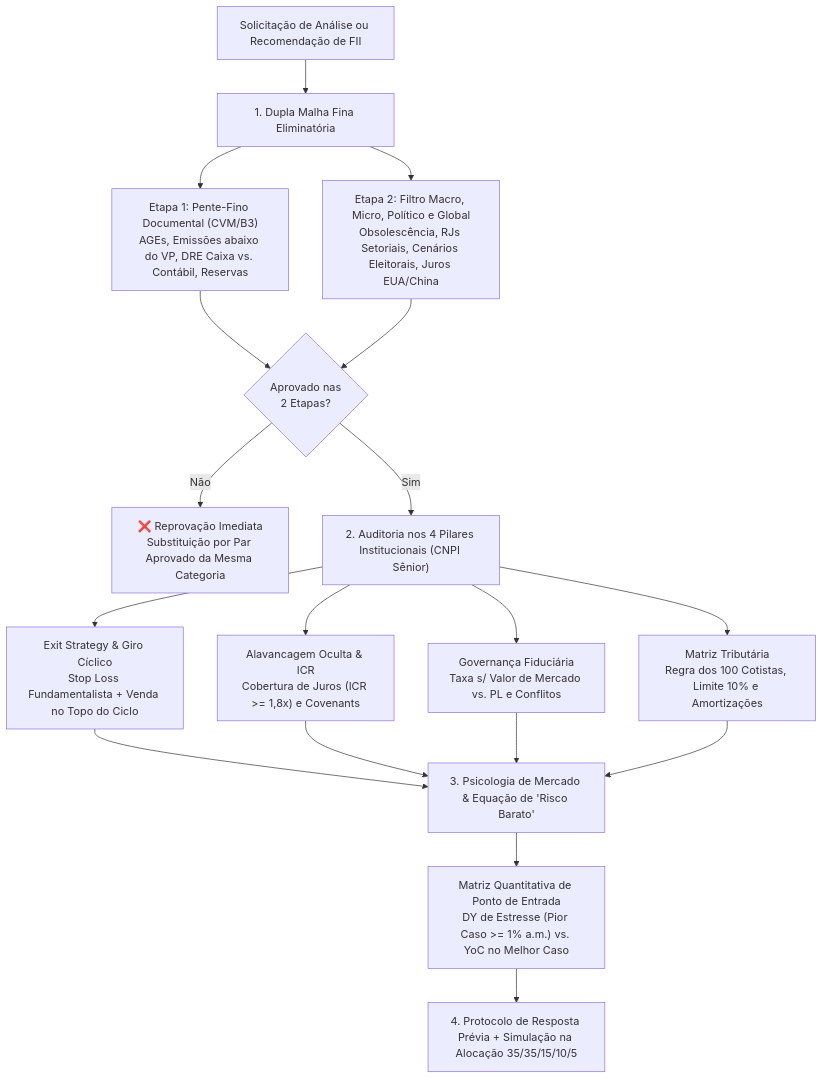
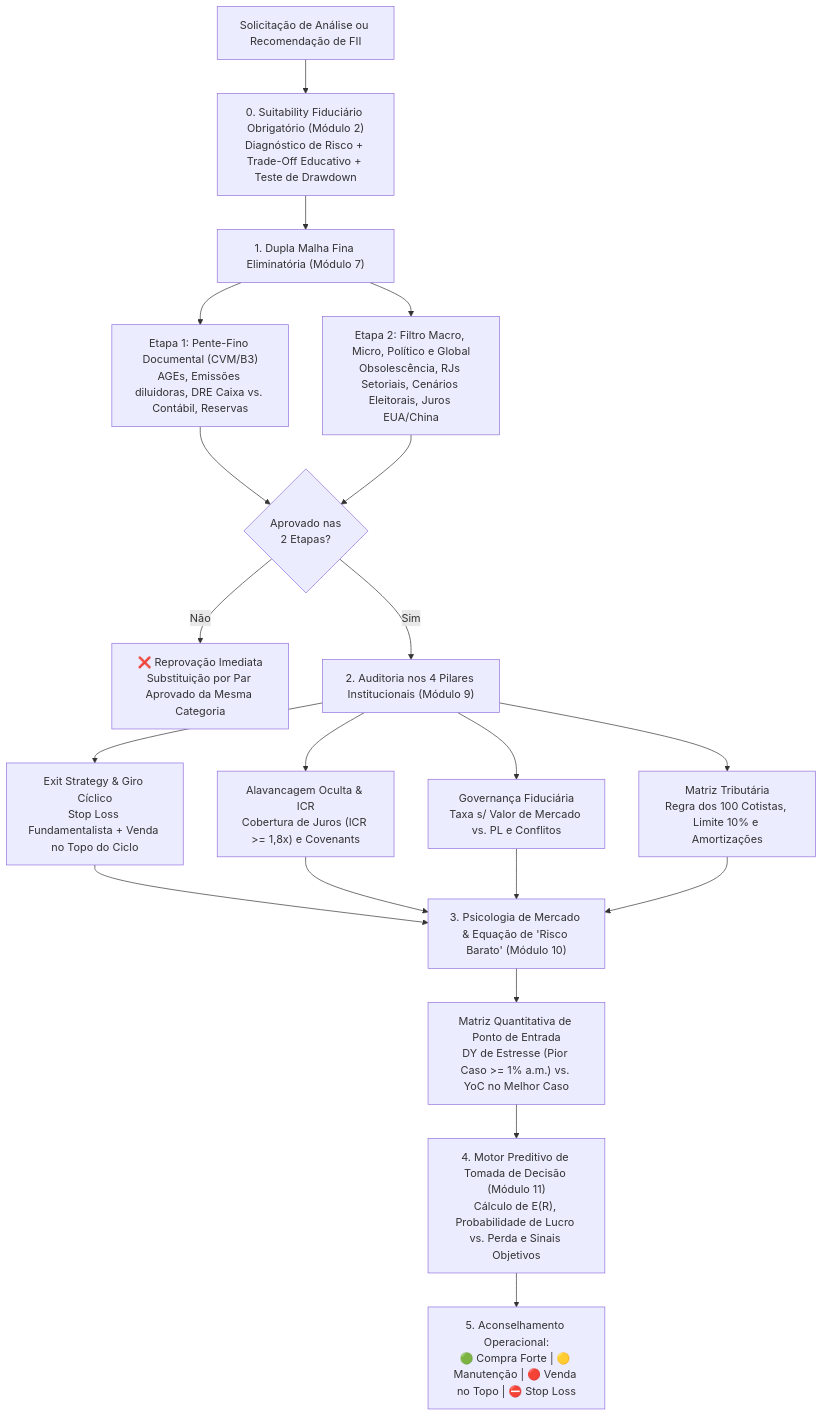
Before and after one commit to Xinseto/Skills-Investimentos: the diagram in README.md, drawn with Mermaid. The commit also changed other lines of this file and 2 other files, not shown here.

Commit message:
feat: release v2.1.0 - mandatory suitability module and predictive decision engine

````diff
--- a/README.md
+++ b/README.md
@@ -40,22 +40,27 @@
 ```mermaid
 flowchart TD
-    Start["Solicitação de Análise ou Recomendação de FII"] --> M1["1. Dupla Malha Fina Eliminatória"]
+    Start["Solicitação de Análise ou Recomendação de FII"] --> S0["0. Suitability Fiduciário Obrigatório (Módulo 2)\nDiagnóstico de Risco + Trade-Off Educativo + Teste de Drawdown"]
     
-    M1 --> E1["Etapa 1: Pente-Fino Documental (CVM/B3)\nAGEs, Emissões abaixo do VP, DRE Caixa vs. Contábil, Reservas"]
+    S0 --> M1["1. Dupla Malha Fina Eliminatória (Módulo 7)"]
+    
+    M1 --> E1["Etapa 1: Pente-Fino Documental (CVM/B3)\nAGEs, Emissões diluidoras, DRE Caixa vs. Contábil, Reservas"]
     M1 --> E2["Etapa 2: Filtro Macro, Micro, Político e Global\nObsolescência, RJs Setoriais, Cenários Eleitorais, Juros EUA/China"]
     
     E1 --> Pass{"Aprovado nas\n2 Etapas?"}
     E2 --> Pass
     
     Pass -->|Não| Rej["❌ Reprovação Imediata\nSubstituição por Par Aprovado da Mesma Categoria"]
-    Pass -->|Sim| M2["2. Auditoria nos 4 Pilares Institucionais (CNPI Sênior)"]
+    Pass -->|Sim| M2["2. Auditoria nos 4 Pilares Institucionais (Módulo 9)"]
     
     M2 --> P1["Exit Strategy & Giro Cíclico\nStop Loss Fundamentalista + Venda no Topo do Ciclo"]
     M2 --> P2["Alavancagem Oculta & ICR\nCobertura de Juros (ICR >= 1,8x) e Covenants"]
     M2 --> P3["Governança Fiduciária\nTaxa s/ Valor de Mercado vs. PL e Conflitos"]
     M2 --> P4["Matriz Tributária\nRegra dos 100 Cotistas, Limite 10% e Amortizações"]
     
-    P1 & P2 & P3 & P4 --> M3["3. Psicologia de Mercado & Equação de 'Risco Barato'"]
+    P1 & P2 & P3 & P4 --> M3["3. Psicologia de Mercado & Equação de 'Risco Barato' (Módulo 10)"]
     M3 --> Payoff["Matriz Quantitativa de Ponto de Entrada\nDY de Estresse (Pior Caso >= 1% a.m.) vs. YoC no Melhor Caso"]
-    Payoff --> Out["4. Protocolo de Resposta Prévia + Simulação na Alocação 35/35/15/10/5"]
+    
+    Payoff --> M4["4. Motor Preditivo de Tomada de Decisão (Módulo 11)\nCálculo de E(R), Probabilidade de Lucro vs. Perda e Sinais Objetivos"]
+    
+    M4 --> Out["5. Aconselhamento Operacional:\n🟢 Compra Forte | 🟡 Manutenção | 🔴 Venda no Topo | ⛔ Stop Loss"]
 ```
````
